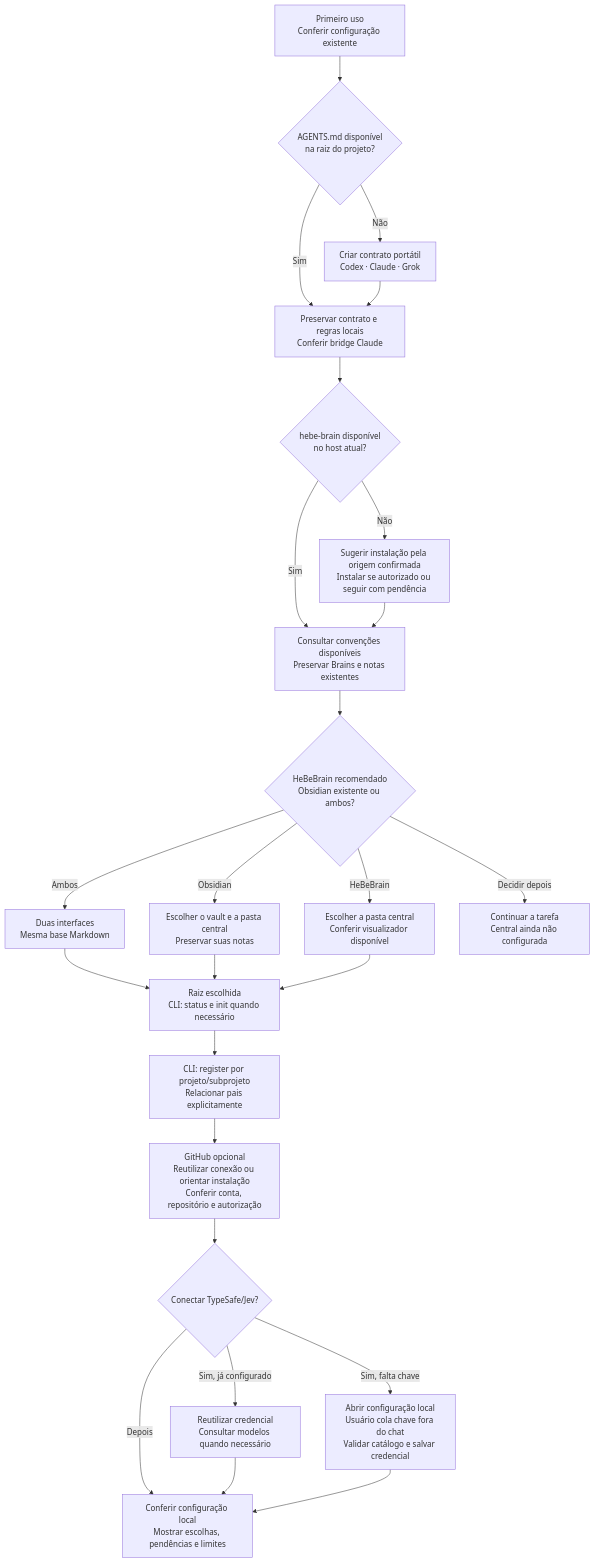
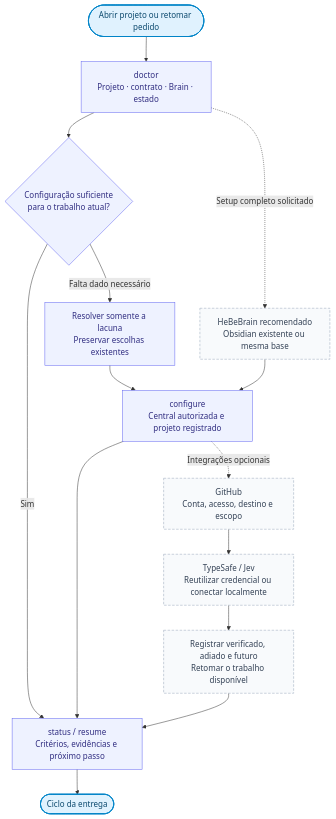
Before and after one commit to HericlisBezerra/hebe-orchestrate-Codex: the first of 2 diagrams in plugins/hebe-orchestrator-codex/docs/MAPA-DO-PROJETO.md, drawn with Mermaid. The commit also changed other lines of this file and 27 other files, not shown here.

````diff
--- a/plugins/hebe-orchestrator-codex/docs/MAPA-DO-PROJETO.md
+++ b/plugins/hebe-orchestrator-codex/docs/MAPA-DO-PROJETO.md
@@ -9,27 +9,23 @@
 ```mermaid
-flowchart TD
-    A["Primeiro uso<br/>Conferir configuração existente"] --> M{"AGENTS.md disponível<br/>na raiz do projeto?"}
-    M -->|Sim| N["Preservar contrato e regras locais<br/>Conferir bridge Claude"]
-    M -->|Não| Y["Criar contrato portátil<br/>Codex · Claude · Grok"]
-    Y --> N
-    N --> B{"hebe-brain disponível<br/>no host atual?"}
-    B -->|Sim| C["Consultar convenções disponíveis<br/>Preservar Brains e notas existentes"]
-    B -->|Não| D["Sugerir instalação pela origem confirmada<br/>Instalar se autorizado ou seguir com pendência"]
-    D --> C
-    C --> O{"HeBeBrain recomendado<br/>Obsidian existente ou ambos?"}
-    O -->|Obsidian| V["Escolher o vault e a pasta central<br/>Preservar suas notas"]
-    O -->|HeBeBrain| L["Escolher a pasta central<br/>Conferir visualizador disponível"]
-    O -->|Ambos| T["Duas interfaces<br/>Mesma base Markdown"]
-    T --> R
-    O -->|Decidir depois| Q["Continuar a tarefa<br/>Central ainda não configurada"]
-    V --> R["Raiz escolhida<br/>CLI: status e init quando necessário"]
-    L --> R
-    R --> P["CLI: register por projeto/subprojeto<br/>Relacionar pais explicitamente"]
-    P --> G["GitHub opcional<br/>Reutilizar conexão ou orientar instalação<br/>Conferir conta, repositório e autorização"]
-    G --> J{"Conectar TypeSafe/Jev?"}
-    J -->|Sim, já configurado| S["Reutilizar credencial<br/>Consultar modelos quando necessário"]
-    J -->|Sim, falta chave| K["Abrir configuração local<br/>Usuário cola chave fora do chat<br/>Validar catálogo e salvar credencial"]
-    J -->|Depois| F["Conferir configuração local<br/>Mostrar escolhas, pendências e limites"]
-    S --> F
-    K --> F
+flowchart TB
+    A(["Abrir projeto ou retomar pedido"]) --> D["doctor<br/>Projeto · contrato · Brain · estado"]
+    D --> R{"Configuração suficiente<br/>para o trabalho atual?"}
+    R -->|Sim| T["status / resume<br/>Critérios, evidências e próximo passo"]
+    R -->|Falta dado necessário| Q["Resolver somente a lacuna<br/>Preservar escolhas existentes"]
+    Q --> C["configure<br/>Central autorizada e projeto registrado"]
+    C --> T
+    D -. "Setup completo solicitado" .-> S["HeBeBrain recomendado<br/>Obsidian existente ou mesma base"]
+    S --> C
+    C -. "Integrações opcionais" .-> G["GitHub<br/>Conta, acesso, destino e escopo"]
+    G --> J["TypeSafe / Jev<br/>Reutilizar credencial ou conectar localmente"]
+    J --> E["Registrar verificado, adiado e futuro<br/>Retomar o trabalho disponível"]
+    E --> T
+    T --> F(["Ciclo da entrega"])
+
+    classDef entry fill:#e0f2fe,color:#0c4a6e,stroke:#0284c7,stroke-width:2px;
+    classDef local fill:#eef2ff,color:#312e81,stroke:#6366f1;
+    classDef optional fill:#f8fafc,color:#334155,stroke:#94a3b8,stroke-dasharray:5 3;
+    class A,F entry;
+    class D,R,Q,C,T local;
+    class S,G,J,E optional;
 ```
````
